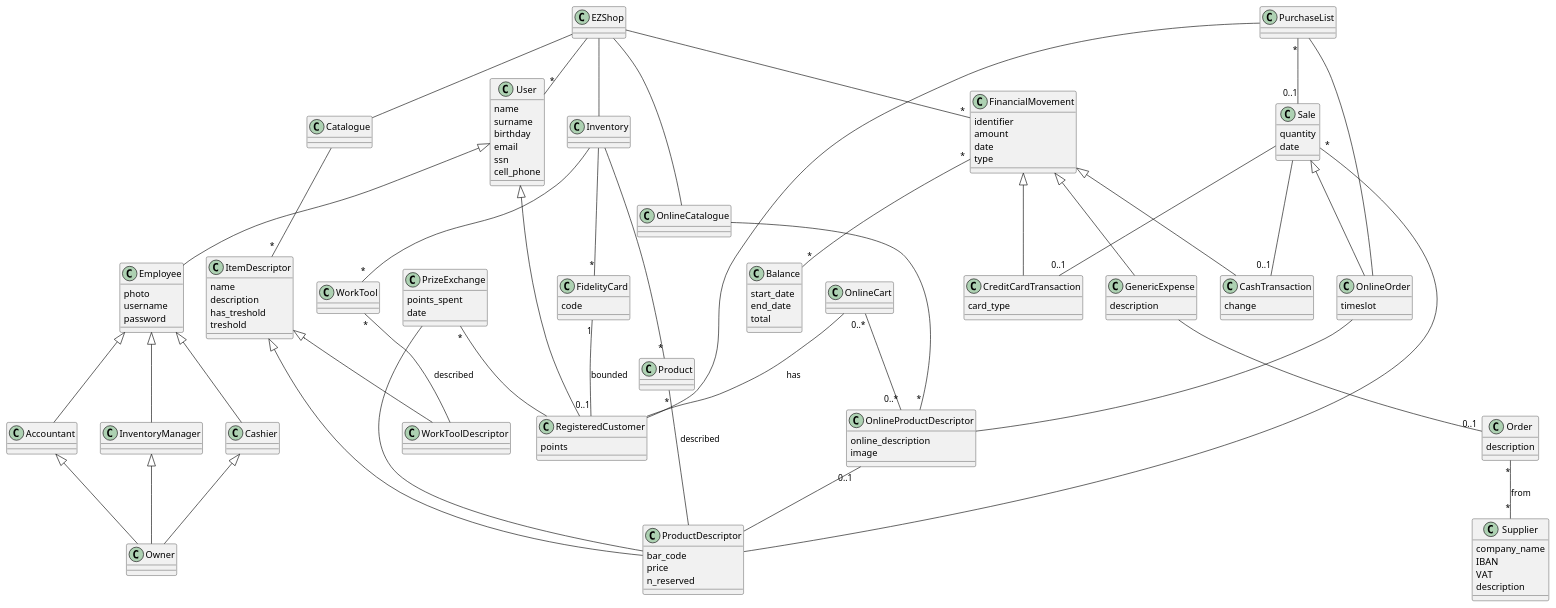
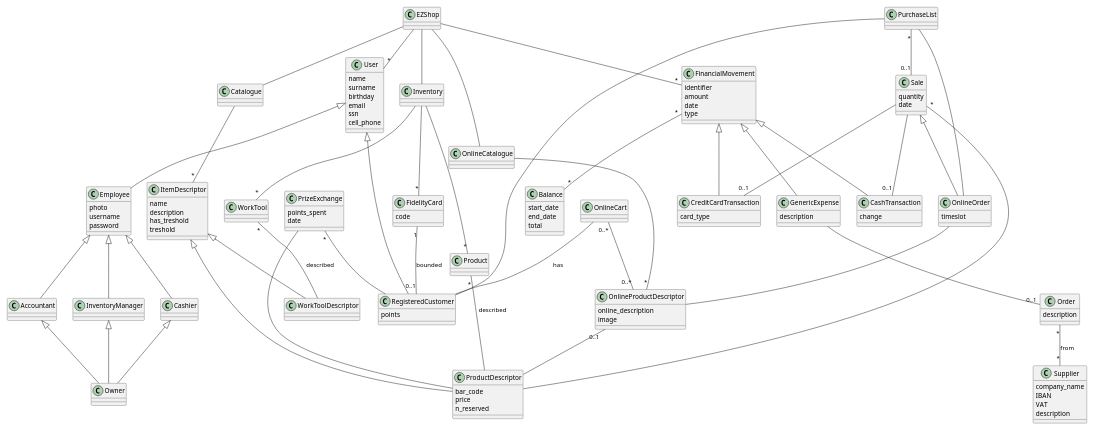
Before and after one commit to paolotron/EzshoProject31: the fifth of 7 diagrams in Deliverables/RequirementsDocument.md, drawn with PlantUML.

````diff
--- a/Deliverables/RequirementsDocument.md
+++ b/Deliverables/RequirementsDocument.md
@@ -743,5 +743,6 @@
 ```plantuml
 @startuml
+scale 0.7
 class EZShop
 
 class User{
````
